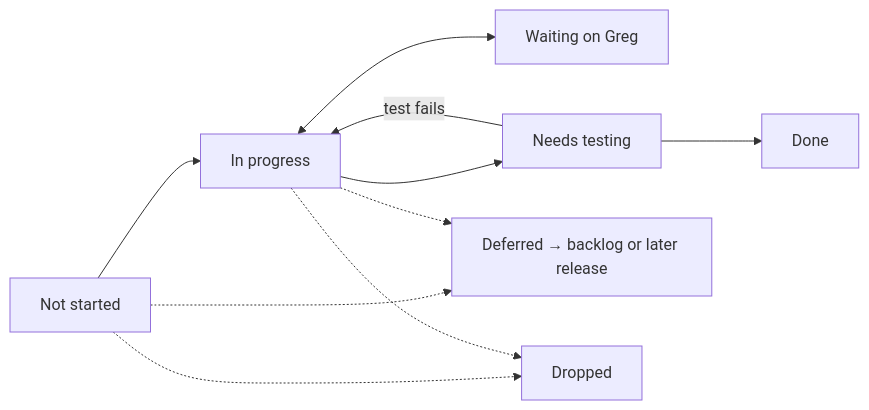
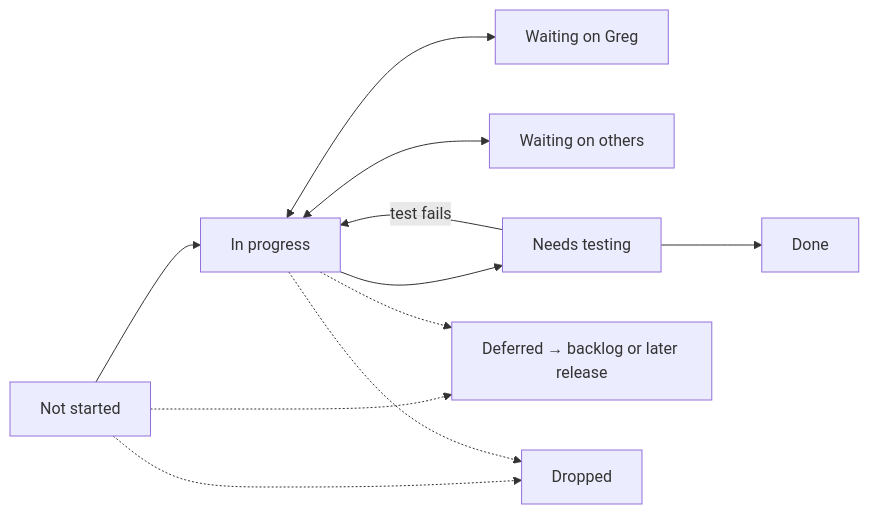
The second of 3 diagrams in release_state/RELEASE_DEVELOPMENT_README.md (gschlitt/SchedulingAssistant), drawn with Mermaid before and after one commit. The commit also changed other lines of this file and 5 other files, not shown here.

First line of the commit message:
Close the Avalonia bug-post entry; add the "Waiting on others" ledger state

````diff
--- a/release_state/RELEASE_DEVELOPMENT_README.md
+++ b/release_state/RELEASE_DEVELOPMENT_README.md
@@ -36,12 +38,13 @@
 ```mermaid
 flowchart LR
     NS[Not started] --> IP[In progress]
     IP <--> WG[Waiting on Greg]
+    IP <--> WO[Waiting on others]
     IP --> NT[Needs testing]
     NT --> DN[Done]
     NT -- test fails --> IP
     NS -.-> DF[Deferred → backlog or later release]
     IP -.-> DF
     NS -.-> DR[Dropped]
     IP -.-> DR
 ```
````
